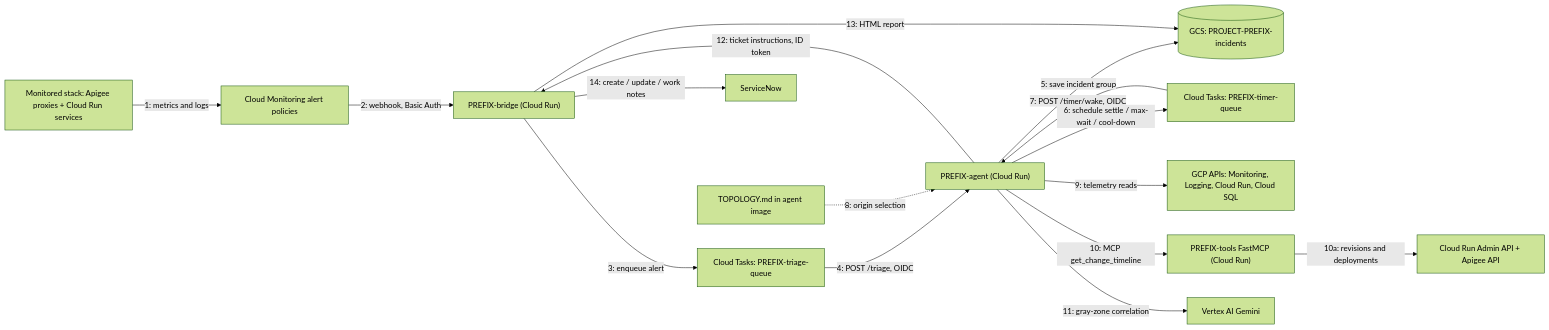
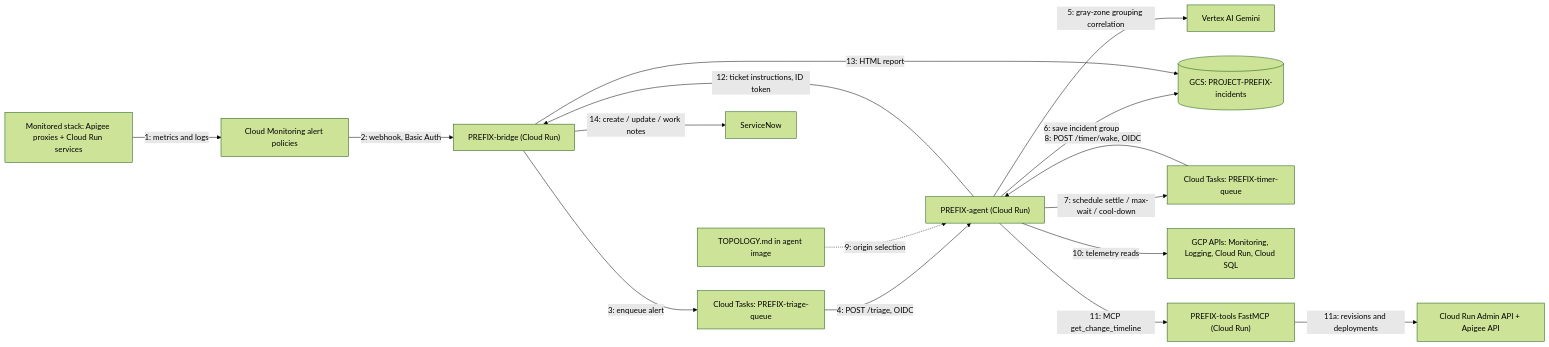
Before and after one commit to ssvaidyanathan/autocloud-prototypes: the first of 2 diagrams in alert-triage-agent/README.md, drawn with Mermaid (forest theme).

Commit message:
docs(readme): renumbered architecture flowchart (Gemini at grouping)

````diff
--- a/alert-triage-agent/README.md
+++ b/alert-triage-agent/README.md
@@ -89,18 +89,18 @@
 ```mermaid
 flowchart LR
     Stack["Monitored stack: Apigee proxies + Cloud Run services"] -->|1: metrics and logs| Mon["Cloud Monitoring alert policies"]
     Mon -->|2: webhook, Basic Auth| Bridge["PREFIX-bridge (Cloud Run)"]
     Bridge -->|3: enqueue alert| TriageQ["Cloud Tasks: PREFIX-triage-queue"]
     TriageQ -->|4: POST /triage, OIDC| Agent["PREFIX-agent (Cloud Run)"]
-    Agent -->|5: save incident group| Bucket[("GCS: PROJECT-PREFIX-incidents")]
-    Agent -->|6: schedule settle / max-wait / cool-down| TimerQ["Cloud Tasks: PREFIX-timer-queue"]
-    TimerQ -->|7: POST /timer/wake, OIDC| Agent
-    Topo["TOPOLOGY.md in agent image"] -.->|8: origin selection| Agent
-    Agent -->|9: telemetry reads| APIs["GCP APIs: Monitoring, Logging, Cloud Run, Cloud SQL"]
-    Agent -->|10: MCP get_change_timeline| Tools["PREFIX-tools FastMCP (Cloud Run)"]
-    Tools -->|10a: revisions and deployments| ChangeAPIs["Cloud Run Admin API + Apigee API"]
-    Agent -->|11: gray-zone correlation| Gemini["Vertex AI Gemini"]
+    Agent -->|5: gray-zone grouping correlation| Gemini["Vertex AI Gemini"]
+    Agent -->|6: save incident group| Bucket[("GCS: PROJECT-PREFIX-incidents")]
+    Agent -->|7: schedule settle / max-wait / cool-down| TimerQ["Cloud Tasks: PREFIX-timer-queue"]
+    TimerQ -->|8: POST /timer/wake, OIDC| Agent
+    Topo["TOPOLOGY.md in agent image"] -.->|9: origin selection| Agent
+    Agent -->|10: telemetry reads| APIs["GCP APIs: Monitoring, Logging, Cloud Run, Cloud SQL"]
+    Agent -->|11: MCP get_change_timeline| Tools["PREFIX-tools FastMCP (Cloud Run)"]
+    Tools -->|11a: revisions and deployments| ChangeAPIs["Cloud Run Admin API + Apigee API"]
     Agent -->|12: ticket instructions, ID token| Bridge
     Bridge -->|13: HTML report| Bucket
     Bridge -->|14: create / update / work notes| SN["ServiceNow"]
 ```
````
